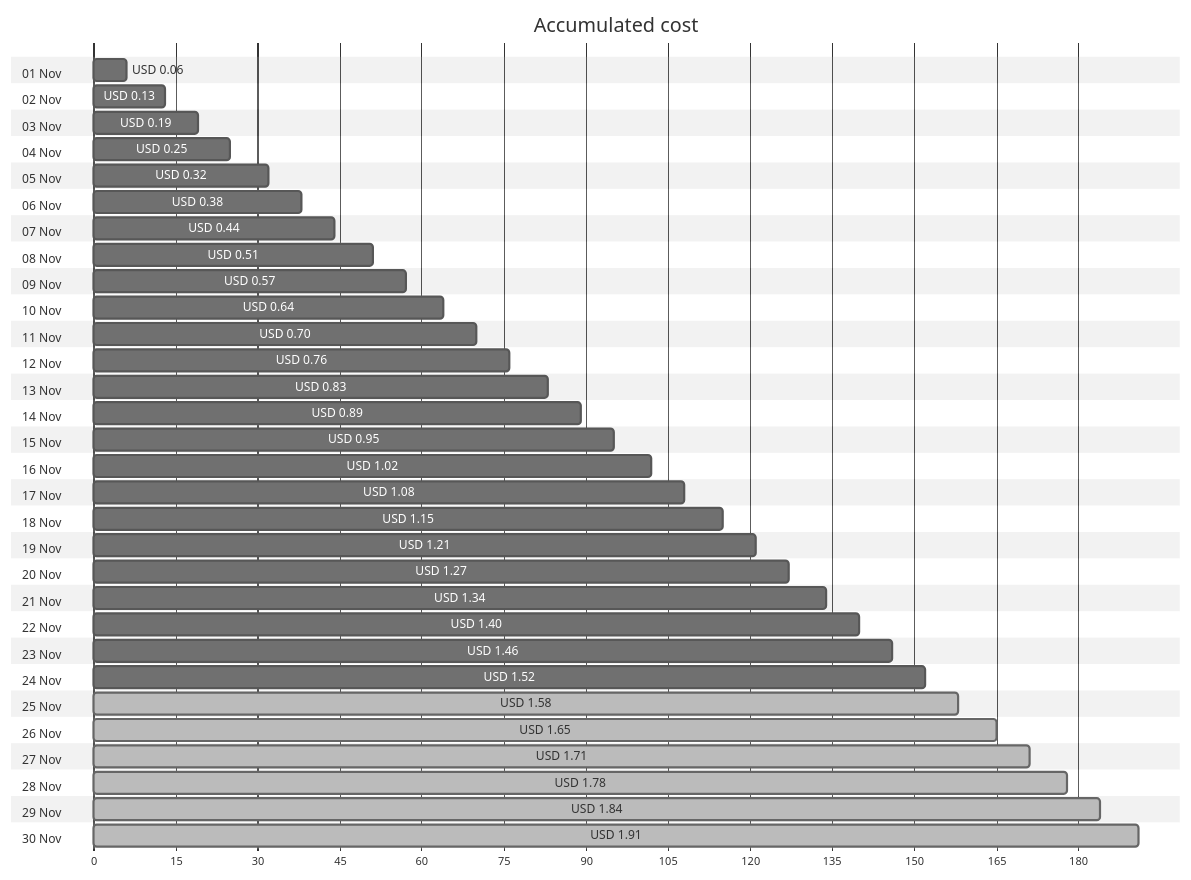
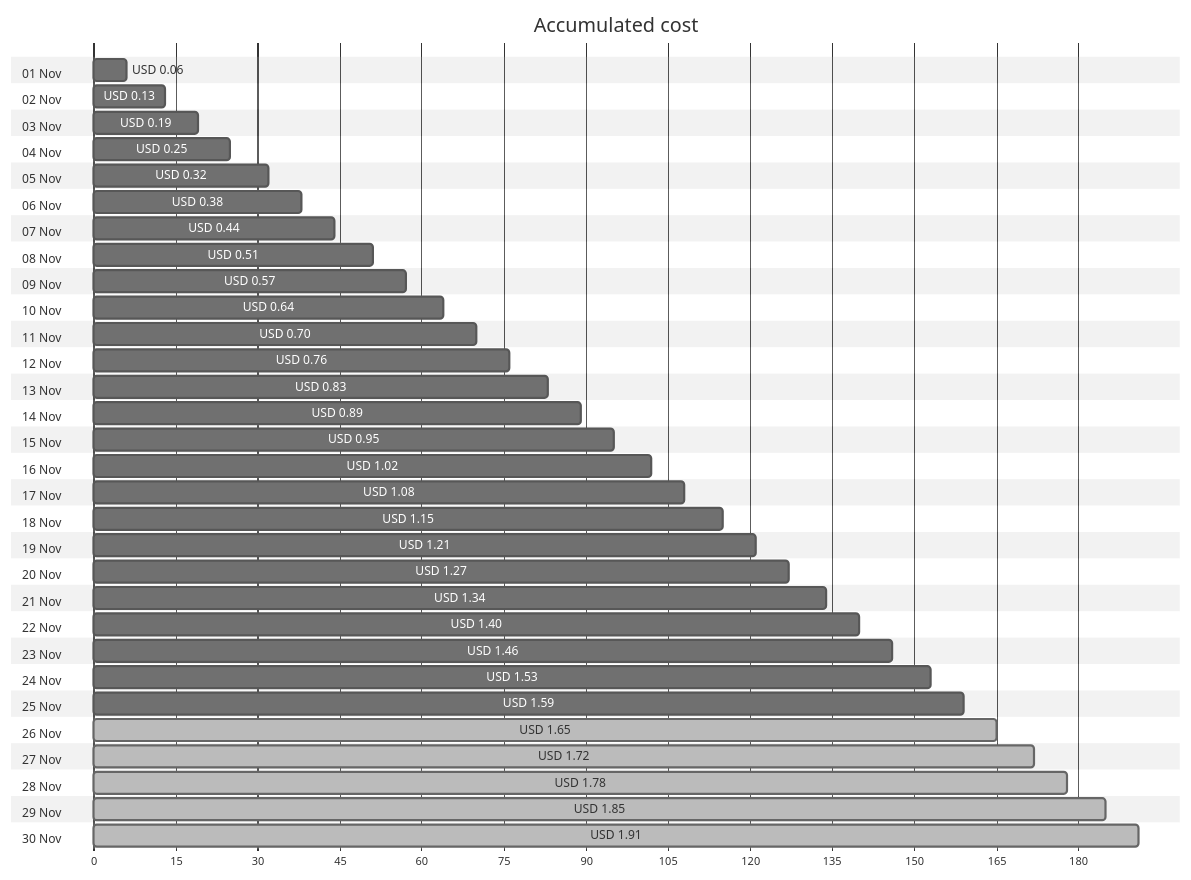
Before and after one commit to jpfulton/azure-personal-reports: the first of 4 diagrams in cost-reports/personal-network/vpn-server_OsDisk.md, drawn with Mermaid (neutral theme). The commit also changed other lines of this file and 8 other files, not shown here.

````diff
--- a/cost-reports/personal-network/vpn-server_OsDisk.md
+++ b/cost-reports/personal-network/vpn-server_OsDisk.md
@@ -20,66 +20,66 @@
 ```mermaid
 gantt
    title Accumulated cost
    dateFormat  X
    axisFormat %s
    section 01 Nov
    USD 0.06 :0, 6
    section 02 Nov
    USD 0.13 :0, 13
    section 03 Nov
    USD 0.19 :0, 19
    section 04 Nov
    USD 0.25 :0, 25
    section 05 Nov
    USD 0.32 :0, 32
    section 06 Nov
    USD 0.38 :0, 38
    section 07 Nov
    USD 0.44 :0, 44
    section 08 Nov
    USD 0.51 :0, 51
    section 09 Nov
    USD 0.57 :0, 57
    section 10 Nov
    USD 0.64 :0, 64
    section 11 Nov
    USD 0.70 :0, 70
    section 12 Nov
    USD 0.76 :0, 76
    section 13 Nov
    USD 0.83 :0, 83
    section 14 Nov
    USD 0.89 :0, 89
    section 15 Nov
    USD 0.95 :0, 95
    section 16 Nov
    USD 1.02 :0, 102
    section 17 Nov
    USD 1.08 :0, 108
    section 18 Nov
    USD 1.15 :0, 115
    section 19 Nov
    USD 1.21 :0, 121
    section 20 Nov
    USD 1.27 :0, 127
    section 21 Nov
    USD 1.34 :0, 134
    section 22 Nov
    USD 1.40 :0, 140
    section 23 Nov
    USD 1.46 :0, 146
    section 24 Nov
-   USD 1.52 :0, 152
+   USD 1.53 :0, 153
    section 25 Nov
-   USD 1.58 : done, 0, 158
+   USD 1.59 :0, 159
    section 26 Nov
    USD 1.65 : done, 0, 165
    section 27 Nov
-   USD 1.71 : done, 0, 171
+   USD 1.72 : done, 0, 172
    section 28 Nov
    USD 1.78 : done, 0, 178
    section 29 Nov
-   USD 1.84 : done, 0, 184
+   USD 1.85 : done, 0, 185
    section 30 Nov
    USD 1.91 : done, 0, 191
 ```
````
